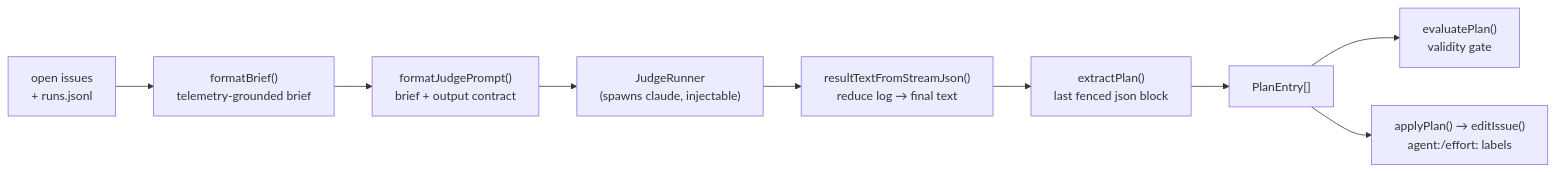
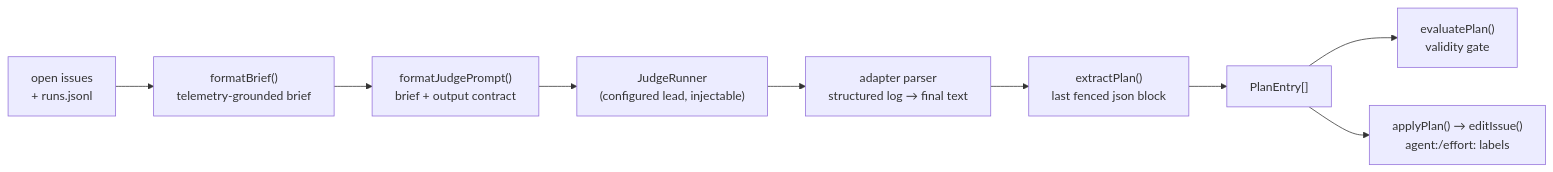
The diagram in docs/judge.md (kehuydietlatoi/harness_orchestrator), drawn with Mermaid before and after one commit. The commit also changed other lines of this file and 18 other files, not shown here.

Commit message:
fix(adapters): make lead execution adapter-aware (#49)

````diff
--- a/docs/judge.md
+++ b/docs/judge.md
@@ -14,11 +14,11 @@
 ```mermaid
 flowchart LR
   A["open issues<br/>+ runs.jsonl"] --> B["formatBrief()<br/>telemetry-grounded brief"]
   B --> C["formatJudgePrompt()<br/>brief + output contract"]
-  C --> D["JudgeRunner<br/>(spawns claude, injectable)"]
-  D --> E["resultTextFromStreamJson()<br/>reduce log → final text"]
+  C --> D["JudgeRunner<br/>(configured lead, injectable)"]
+  D --> E["adapter parser<br/>structured log → final text"]
   E --> F["extractPlan()<br/>last fenced json block"]
   F --> G["PlanEntry[]"]
   G --> H["evaluatePlan()<br/>validity gate"]
   G --> I["applyPlan() → editIssue()<br/>agent:/effort: labels"]
 ```
````
